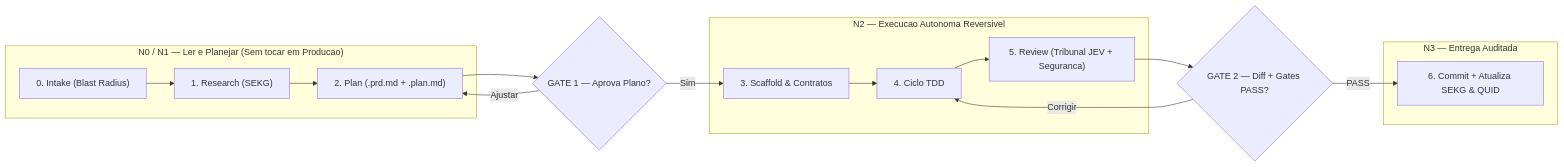
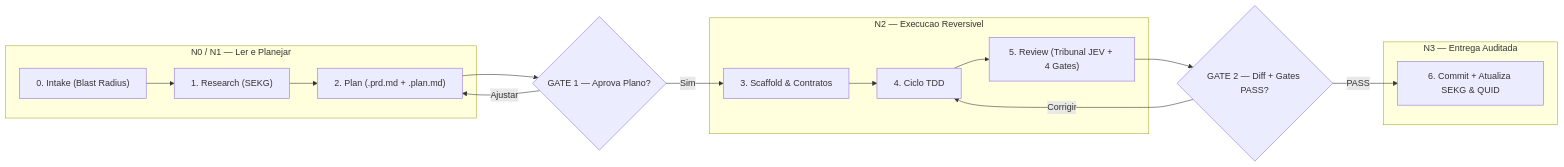
Before and after one commit to thiago701/squad-ai-harness: the second of 2 diagrams in README.md, drawn with Mermaid. The commit also changed other lines of this file and 5 other files, not shown here.

````diff
--- a/README.md
+++ b/README.md
@@ -132,33 +128,33 @@
 ```mermaid
 flowchart LR
-    subgraph N0_N1["N0 / N1 — Ler e Planejar (Sem tocar em Producao)"]
+    subgraph N0_N1["N0 / N1 — Ler e Planejar"]
         S0["0. Intake (Blast Radius)"]
         S1["1. Research (SEKG)"]
         S2["2. Plan (.prd.md + .plan.md)"]
         S0 --> S1
         S1 --> S2
     end
 
     G1{"GATE 1 — Aprova Plano?"}
 
-    subgraph N2["N2 — Execucao Autonoma Reversivel"]
+    subgraph N2["N2 — Execucao Reversivel"]
         S3["3. Scaffold & Contratos"]
         S4["4. Ciclo TDD"]
-        S5["5. Review (Tribunal JEV + Seguranca)"]
+        S5["5. Review (Tribunal JEV + 4 Gates)"]
         S3 --> S4
         S4 --> S5
     end
 
     G2{"GATE 2 — Diff + Gates PASS?"}
 
     subgraph N3["N3 — Entrega Auditada"]
         S6["6. Commit + Atualiza SEKG & QUID"]
     end
 
     S2 --> G1
     G1 -->|"Sim"| S3
     G1 -->|"Ajustar"| S2
     S5 --> G2
     G2 -->|"PASS"| S6
     G2 -->|"Corrigir"| S4
 ```
````
